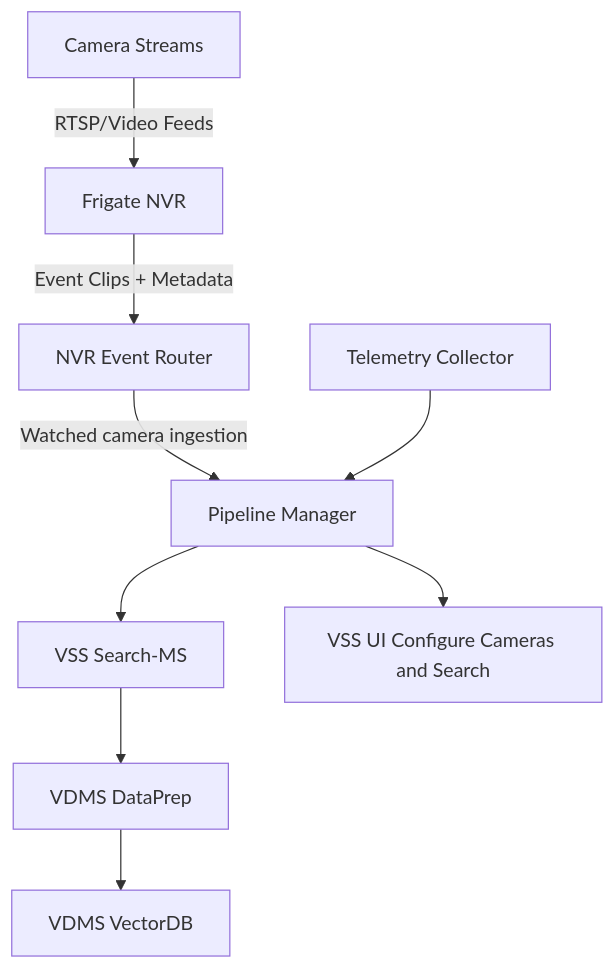
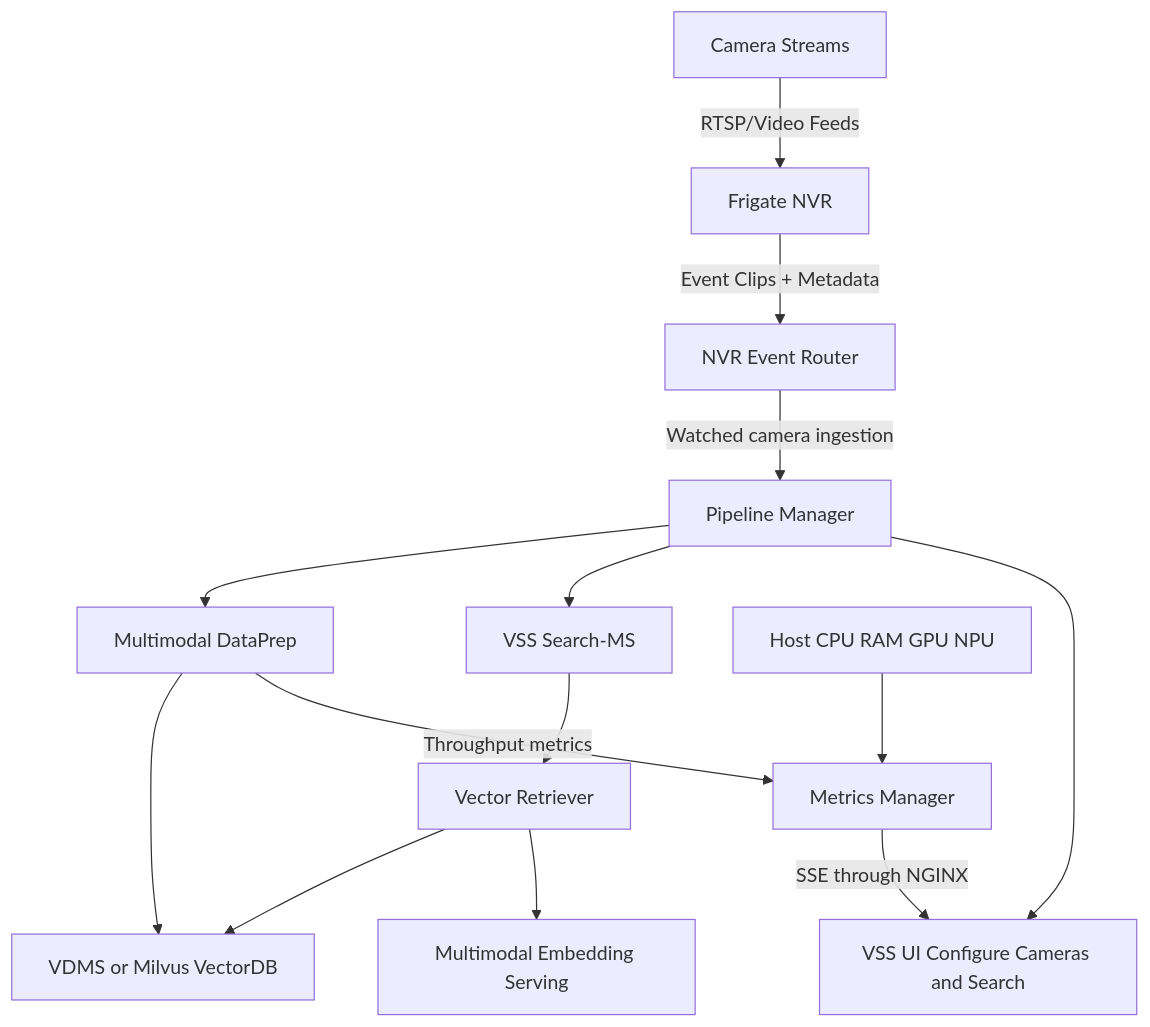
The diagram in live-video-analysis/live-video-search/README.md (jbuksinski-intel/metro-ai-suite), drawn with Mermaid before and after one commit. The commit also changed other lines of this file and 107 other files, not shown here.

Commit message:
Live Video Search (LVS) to use the multimodal DataPrep and Vector Retriever  (#3507)

````diff
--- a/live-video-analysis/live-video-search/README.md
+++ b/live-video-analysis/live-video-search/README.md
@@ -18,11 +18,16 @@
 ```mermaid
 graph TD
   A[Camera Streams] -->|RTSP/Video Feeds| B[Frigate NVR]
   B -->|Event Clips + Metadata| C[NVR Event Router]
   C -->|Watched camera ingestion| H[Pipeline Manager]
+  H --> D[Multimodal DataPrep]
+  D --> G[VDMS or Milvus VectorDB]
   H --> E[VSS Search‑MS]
-  E --> F[VDMS DataPrep]
-  F --> G[VDMS VectorDB]
+  E --> R[Vector Retriever]
+  R --> G
+  R --> M[Multimodal Embedding Serving]
   H --> I[VSS UI Configure Cameras and Search]
-  K[Telemetry Collector] --> H
+  L[Host CPU RAM GPU NPU] --> K[Metrics Manager]
+  D -->|Throughput metrics| K[Metrics Manager]
+  K -->|SSE through NGINX| I
 ```
````
